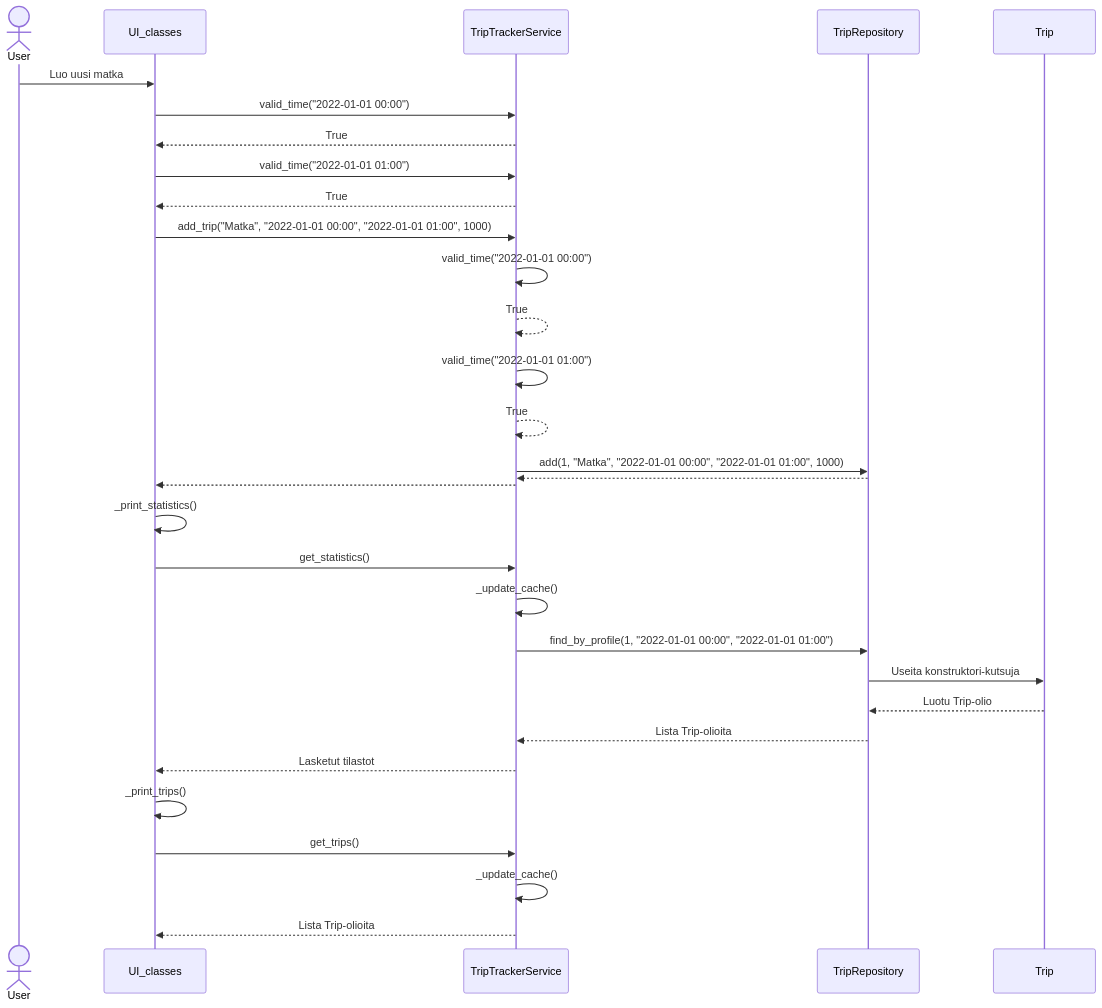
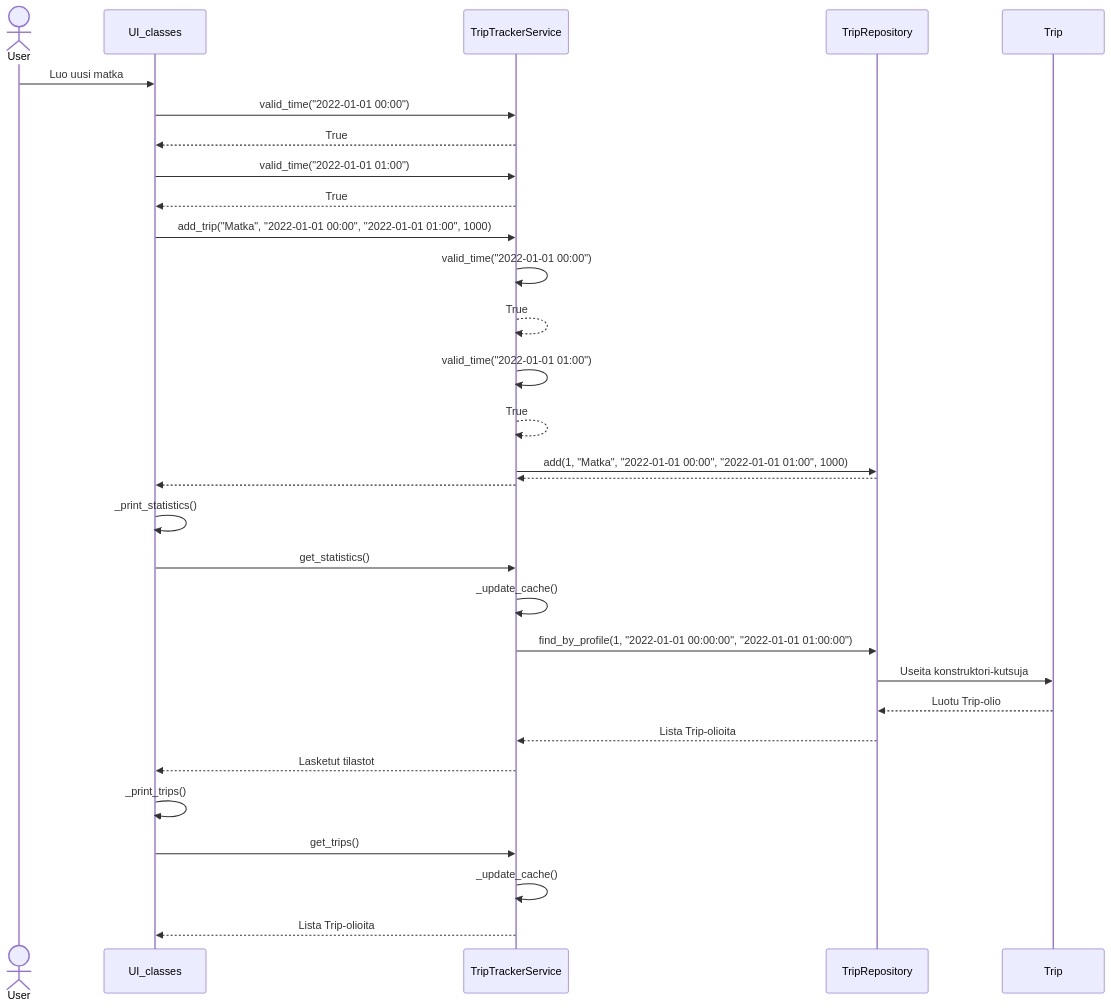
The third of 3 diagrams in dokumentaatio/arkkitehtuuri.md (ArcticCoder/trip-tracker), drawn with Mermaid before and after one commit. The commit also changed other lines of this file, not shown here.

````diff
--- a/dokumentaatio/arkkitehtuuri.md
+++ b/dokumentaatio/arkkitehtuuri.md
@@ -73,32 +85,32 @@
 ```mermaid
  sequenceDiagram
  
  actor User
  User ->> UI_classes : Luo uusi matka
  
  UI_classes ->> TripTrackerService : valid_time("2022-01-01 00:00")
  TripTrackerService -->> UI_classes : True
  UI_classes ->> TripTrackerService : valid_time("2022-01-01 01:00")
  TripTrackerService -->> UI_classes : True
  UI_classes ->> TripTrackerService : add_trip("Matka", "2022-01-01 00:00", "2022-01-01 01:00", 1000)
  TripTrackerService ->> TripTrackerService : valid_time("2022-01-01 00:00")
  TripTrackerService -->> TripTrackerService : True
  TripTrackerService ->> TripTrackerService : valid_time("2022-01-01 01:00")
  TripTrackerService -->> TripTrackerService : True
  TripTrackerService ->> TripRepository : add(1, "Matka", "2022-01-01 00:00", "2022-01-01 01:00", 1000)
  TripRepository -->> TripTrackerService : 
  TripTrackerService -->> UI_classes : 
  
  UI_classes ->> UI_classes : _print_statistics()
  UI_classes ->> TripTrackerService : get_statistics()
  TripTrackerService ->> TripTrackerService : _update_cache()
- TripTrackerService ->> TripRepository : find_by_profile(1, "2022-01-01 00:00", "2022-01-01 01:00")
+ TripTrackerService ->> TripRepository : find_by_profile(1, "2022-01-01 00:00:00", "2022-01-01 01:00:00")
  TripRepository ->> Trip : Useita konstruktori-kutsuja
  Trip -->> TripRepository : Luotu Trip-olio
  TripRepository -->> TripTrackerService : Lista Trip-olioita
  TripTrackerService -->> UI_classes : Lasketut tilastot
  UI_classes ->> UI_classes : _print_trips()
  UI_classes ->> TripTrackerService : get_trips()
  TripTrackerService ->> TripTrackerService : _update_cache()
  TripTrackerService -->> UI_classes : Lista Trip-olioita
 ```
````
